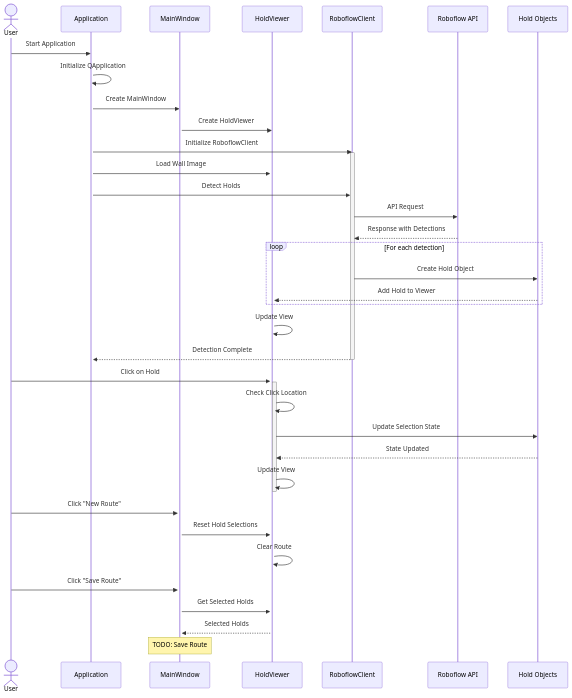
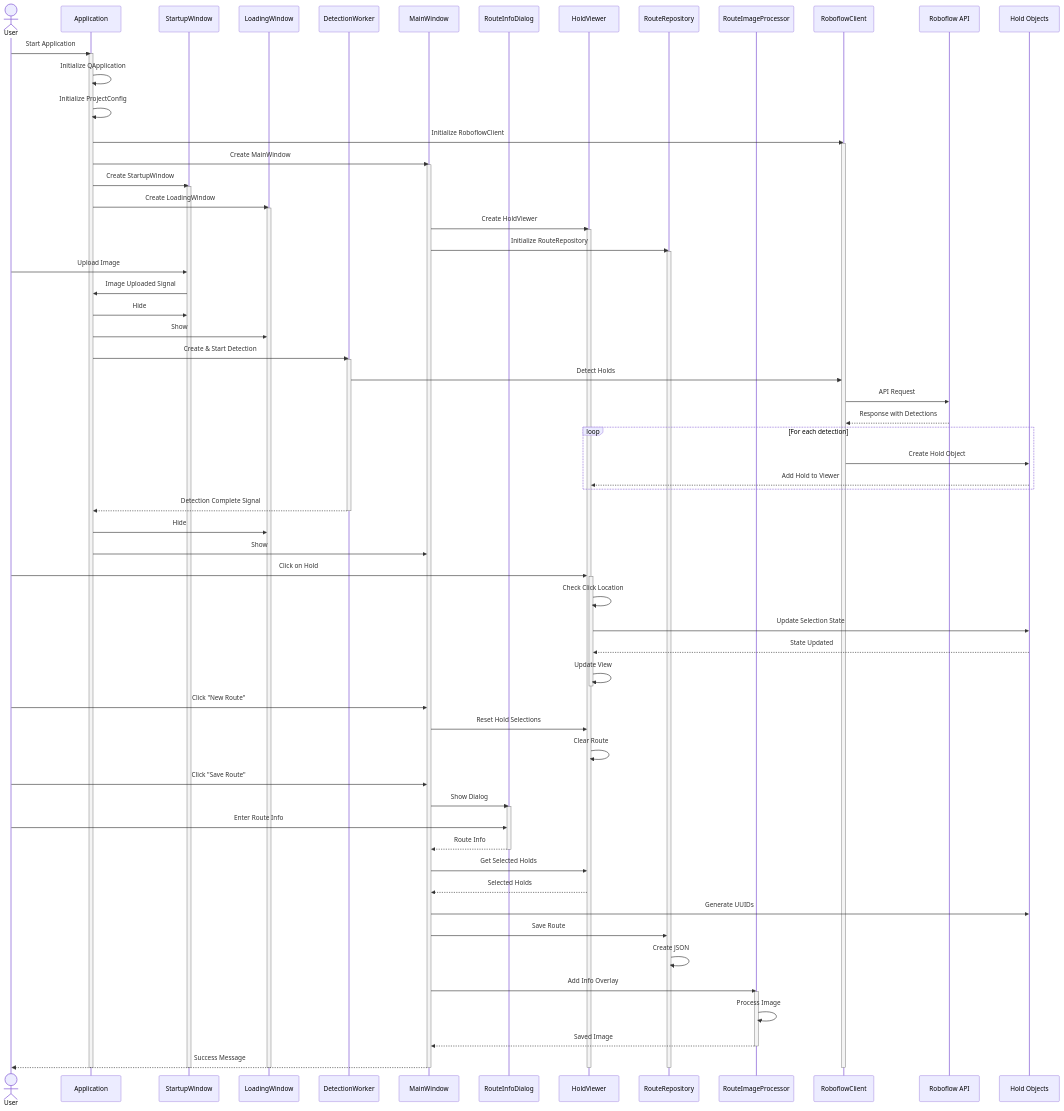
The diagram in README.md (Floressek/ClimbingBetaBrakes), drawn with Mermaid before and after one commit. The commit also changed other lines of this file and 7 other files, not shown here.

First line of the commit message:
Add route image processing and detection worker

````diff
--- a/README.md
+++ b/README.md
@@ -8,8 +8,14 @@
 sequenceDiagram
     actor User
     participant App as Application
+    participant SW as StartupWindow
+    participant LW as LoadingWindow
+    participant DW as DetectionWorker
     participant MW as MainWindow
+    participant RID as RouteInfoDialog
     participant HV as HoldViewer
+    participant RR as RouteRepository
+    participant RIP as RouteImageProcessor
     participant RC as RoboflowClient
     participant API as Roboflow API
     participant Hold as Hold Objects
@@ -18,18 +24,29 @@
     activate App
     
     App->>App: Initialize QApplication
+    App->>App: Initialize ProjectConfig
+    App->>RC: Initialize RoboflowClient
+    activate RC
     App->>MW: Create MainWindow
     activate MW
+    App->>SW: Create StartupWindow
+    activate SW
+    App->>LW: Create LoadingWindow
+    activate LW
     
     MW->>HV: Create HoldViewer
     activate HV
+    MW->>RR: Initialize RouteRepository
+    activate RR
     
-    App->>RC: Initialize RoboflowClient
-    activate RC
+    User->>SW: Upload Image
+    SW->>App: Image Uploaded Signal
+    App->>SW: Hide
+    App->>LW: Show
+    App->>DW: Create & Start Detection
+    activate DW
     
-    App->>HV: Load Wall Image
-    
-    App->>RC: Detect Holds
+    DW->>RC: Detect Holds
     RC->>API: API Request
     API-->>RC: Response with Detections
     
@@ -38,10 +55,10 @@
         Hold-->>HV: Add Hold to Viewer
     end
     
-    HV->>HV: Update View
-    
-    RC-->>App: Detection Complete
-    deactivate RC
+    DW-->>App: Detection Complete Signal
+    deactivate DW
+    App->>LW: Hide
+    App->>MW: Show
     
     User->>HV: Click on Hold
     activate HV
@@ -56,8 +73,33 @@
     HV->>HV: Clear Route
     
     User->>MW: Click "Save Route"
+    MW->>RID: Show Dialog
+    activate RID
+    User->>RID: Enter Route Info
+    RID-->>MW: Route Info
+    deactivate RID
+    
     MW->>HV: Get Selected Holds
     HV-->>MW: Selected Holds
-    Note over MW: TODO: Save Route
+    
+    MW->>Hold: Generate UUIDs
+    MW->>RR: Save Route
+    RR->>RR: Create JSON
+    
+    MW->>RIP: Add Info Overlay
+    activate RIP
+    RIP->>RIP: Process Image
+    RIP-->>MW: Saved Image
+    deactivate RIP
+    
+    MW-->>User: Success Message
+    
+    deactivate RR
+    deactivate HV
+    deactivate MW
+    deactivate LW
+    deactivate SW
+    deactivate RC
+    deactivate App
 
 ```
````
